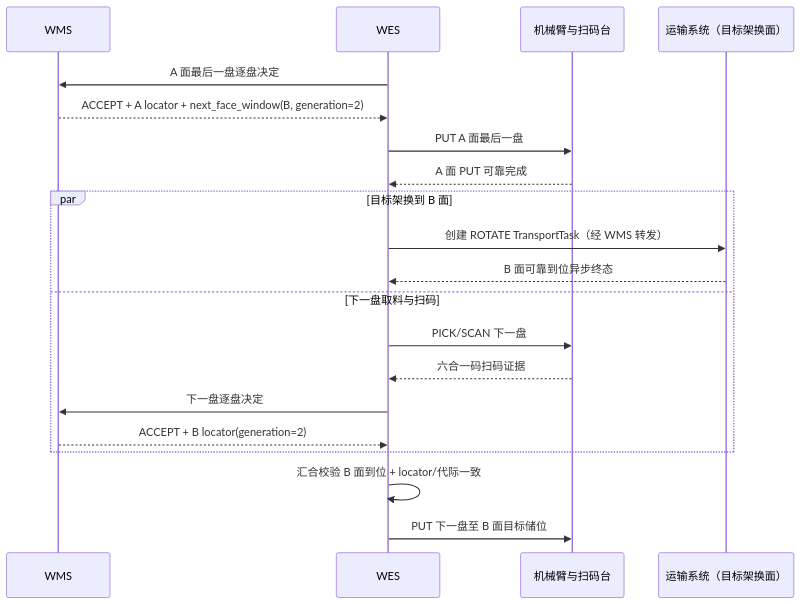
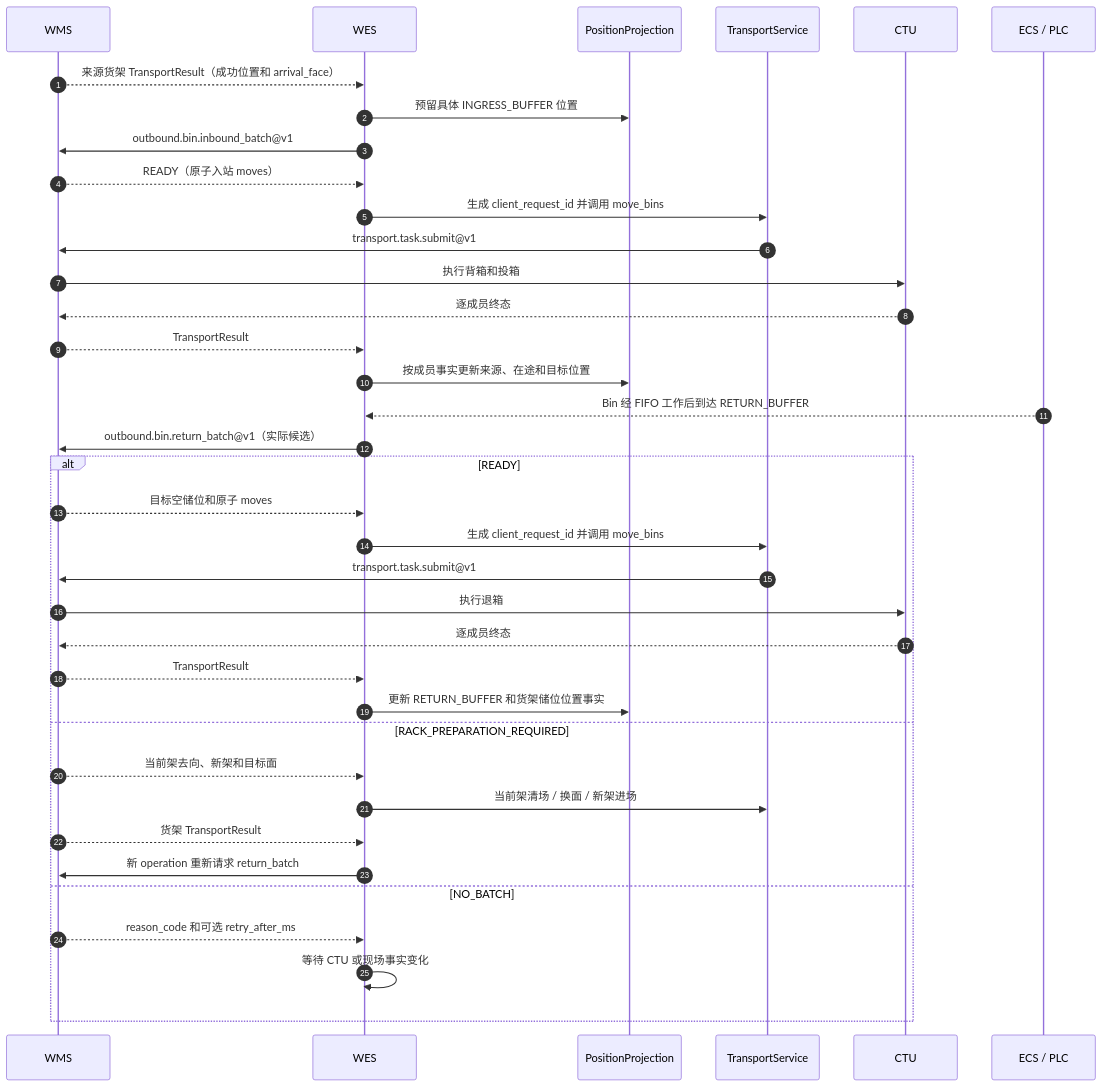
Before and after one commit to kaizhoumasha/wes_backend: the second of 2 diagrams in docs/contracts/wms-outbound-picking-task-integration-requirements.md, drawn with Mermaid. The commit also changed other lines of this file and 124 other files, not shown here.

````diff
--- a/docs/contracts/wms-outbound-picking-task-integration-requirements.md
+++ b/docs/contracts/wms-outbound-picking-task-integration-requirements.md
@@ -324,23 +826,40 @@
 ```mermaid
 sequenceDiagram
+    autonumber
     participant WMS
     participant WES
-    participant ARM as 机械臂与扫码台
-    participant TRANS as 运输系统（目标架换面）
+    participant POS as PositionProjection
+    participant TS as TransportService
+    participant CTU
+    participant LINE as ECS / PLC
 
-    WES->>WMS: A 面最后一盘逐盘决定
-    WMS-->>WES: ACCEPT + A locator + next_face_window(B, generation=2)
-    WES->>ARM: PUT A 面最后一盘
-    ARM-->>WES: A 面 PUT 可靠完成
-    par 目标架换到 B 面
-        WES->>TRANS: 创建 ROTATE TransportTask（经 WMS 转发）
-        TRANS-->>WES: B 面可靠到位异步终态
-    and 下一盘取料与扫码
-        WES->>ARM: PICK/SCAN 下一盘
-        ARM-->>WES: 六合一码扫码证据
-        WES->>WMS: 下一盘逐盘决定
-        WMS-->>WES: ACCEPT + B locator(generation=2)
+    WMS-->>WES: 来源货架 TransportResult（成功位置和 arrival_face）
+    WES->>POS: 预留具体 INGRESS_BUFFER 位置
+    WES->>WMS: outbound.bin.inbound_batch@v1
+    WMS-->>WES: READY（原子入站 moves）
+    WES->>TS: 生成 client_request_id 并调用 move_bins
+    TS->>WMS: transport.task.submit@v1
+    WMS->>CTU: 执行背箱和投箱
+    CTU-->>WMS: 逐成员终态
+    WMS-->>WES: TransportResult
+    WES->>POS: 按成员事实更新来源、在途和目标位置
+    LINE-->>WES: Bin 经 FIFO 工作后到达 RETURN_BUFFER
+    WES->>WMS: outbound.bin.return_batch@v1（实际候选）
+    alt READY
+        WMS-->>WES: 目标空储位和原子 moves
+        WES->>TS: 生成 client_request_id 并调用 move_bins
+        TS->>WMS: transport.task.submit@v1
+        WMS->>CTU: 执行退箱
+        CTU-->>WMS: 逐成员终态
+        WMS-->>WES: TransportResult
+        WES->>POS: 更新 RETURN_BUFFER 和货架储位位置事实
+    else RACK_PREPARATION_REQUIRED
+        WMS-->>WES: 当前架去向、新架和目标面
+        WES->>TS: 当前架清场 / 换面 / 新架进场
+        WMS-->>WES: 货架 TransportResult
+        WES->>WMS: 新 operation 重新请求 return_batch
+    else NO_BATCH
+        WMS-->>WES: reason_code 和可选 retry_after_ms
+        WES->>WES: 等待 CTU 或现场事实变化
     end
-    WES->>WES: 汇合校验 B 面到位 + locator/代际一致
-    WES->>ARM: PUT 下一盘至 B 面目标储位
 ```
````
